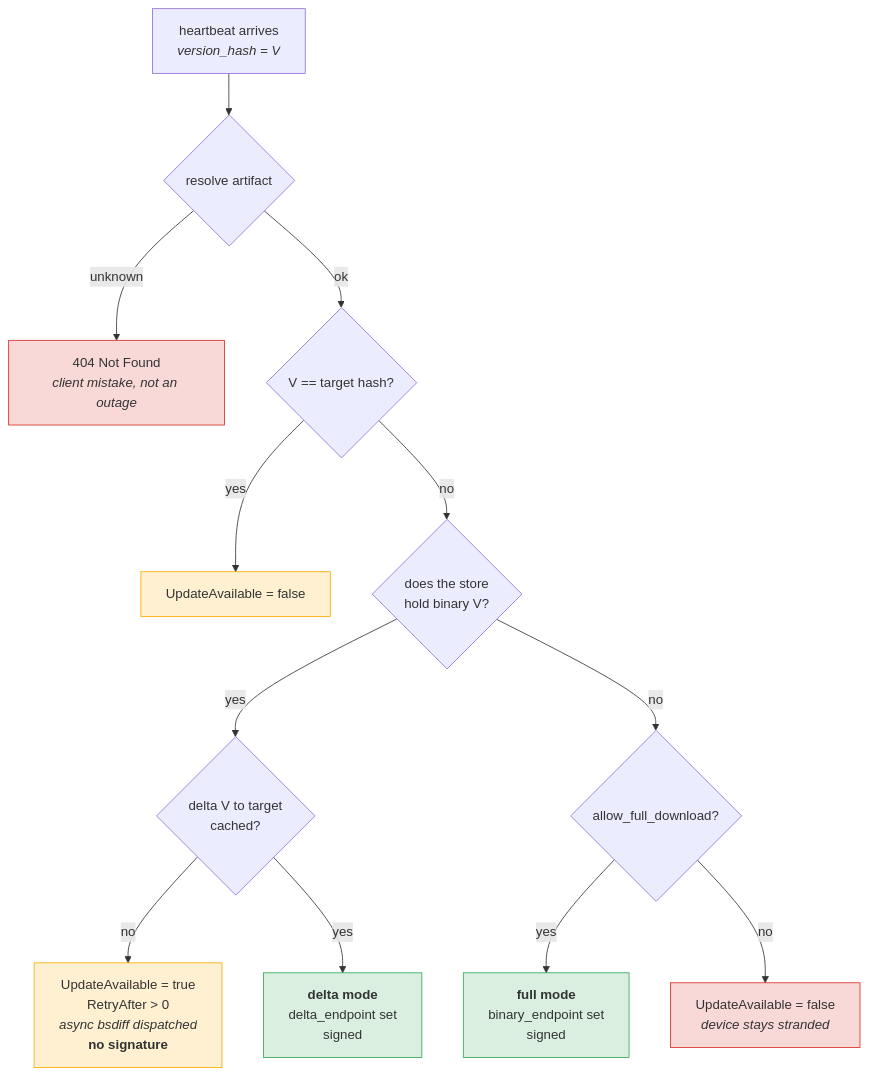
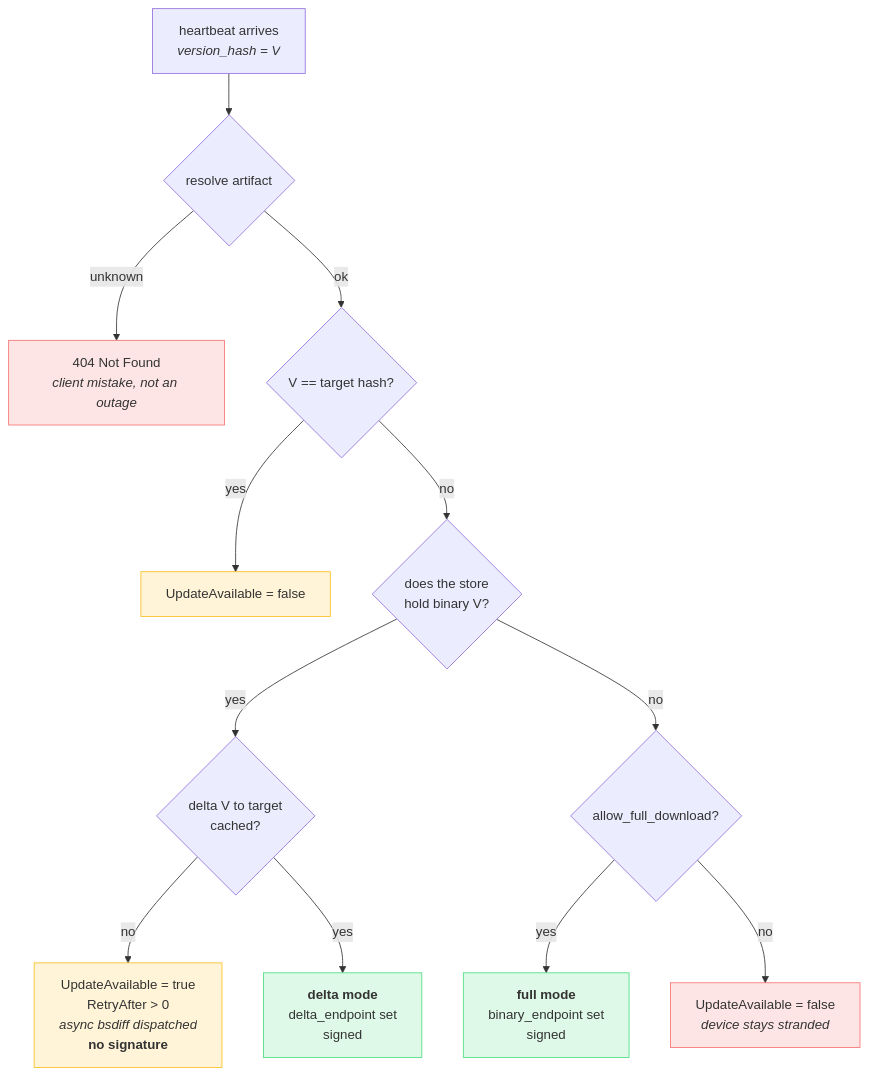
One commit to carlosprados/ota-updater changed the second of 4 diagrams in site/content/protocol/_index.md. Above: the diagram before and after it, drawn with Mermaid. The commit also changed other lines of this file and 17 other files, not shown here.

````diff
--- a/site/content/protocol/_index.md
+++ b/site/content/protocol/_index.md
@@ -90,24 +90,24 @@
 ```mermaid
 flowchart TD
     HB["heartbeat arrives<br/><i>version_hash = V</i>"] --> RESOLVE{"resolve artifact"}
     RESOLVE -->|unknown| E404["404 Not Found<br/><i>client mistake, not an outage</i>"]
     RESOLVE -->|ok| SAME{"V == target hash?"}
 
     SAME -->|yes| NOUP["UpdateAvailable = false"]
     SAME -->|no| KNOWN{"does the store<br/>hold binary V?"}
 
     KNOWN -->|yes| CACHED{"delta V to target<br/>cached?"}
     CACHED -->|no| RETRY["UpdateAvailable = true<br/>RetryAfter > 0<br/><i>async bsdiff dispatched</i><br/><b>no signature</b>"]
     CACHED -->|yes| DELTAM["<b>delta mode</b><br/>delta_endpoint set<br/>signed"]
 
     KNOWN -->|no| ALLOW{"allow_full_download?"}
     ALLOW -->|yes| FULLM["<b>full mode</b><br/>binary_endpoint set<br/>signed"]
     ALLOW -->|no| STRAND["UpdateAvailable = false<br/><i>device stays stranded</i>"]
 
-    classDef ok fill:#34a8532e,stroke:#34a853
-    classDef warn fill:#f9ab002e,stroke:#f9ab00
-    classDef bad fill:#d930252e,stroke:#d93025
+    classDef ok fill:#4ade802e,stroke:#4ade80
+    classDef warn fill:#fbbf242e,stroke:#fbbf24
+    classDef bad fill:#f871712e,stroke:#f87171
     class DELTAM,FULLM ok
     class RETRY,NOUP warn
     class E404,STRAND bad
 ```
````
